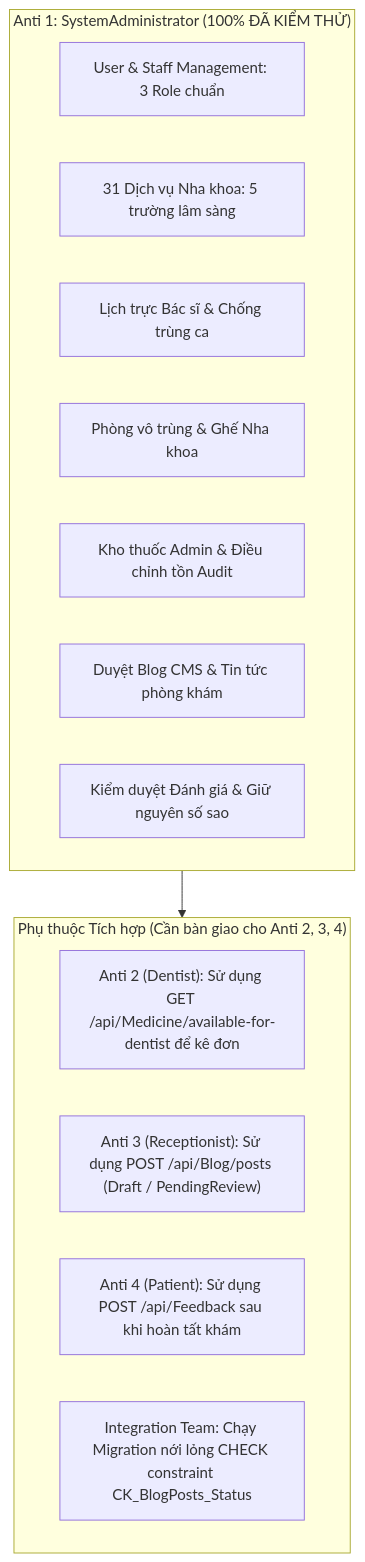
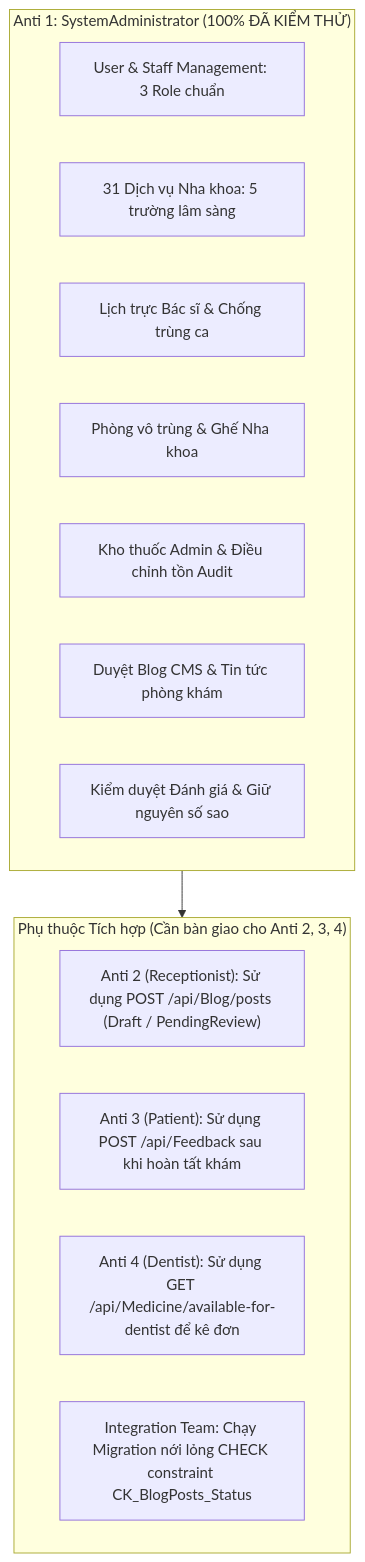
One commit to kaybern1512/SWP391_Group6 changed the diagram in docs/redesign/ADMIN_IMPLEMENTATION_REPORT.md. Above: the diagram before and after it, drawn with Mermaid. The commit also changed other lines of this file and 6 other files, not shown here.

````diff
--- a/docs/redesign/ADMIN_IMPLEMENTATION_REPORT.md
+++ b/docs/redesign/ADMIN_IMPLEMENTATION_REPORT.md
@@ -122,21 +122,21 @@
 ```mermaid
 flowchart TD
     subgraph Anti_1_SystemAdmin["Anti 1: SystemAdministrator (100% ĐÃ KIỂM THỬ)"]
         A1[User & Staff Management: 3 Role chuẩn]
         A2[31 Dịch vụ Nha khoa: 5 trường lâm sàng]
         A3[Lịch trực Bác sĩ & Chống trùng ca]
         A4[Phòng vô trùng & Ghế Nha khoa]
         A5[Kho thuốc Admin & Điều chỉnh tồn Audit]
         A6[Duyệt Blog CMS & Tin tức phòng khám]
         A7[Kiểm duyệt Đánh giá & Giữ nguyên số sao]
     end
 
     subgraph Integration_Dependencies["Phụ thuộc Tích hợp (Cần bàn giao cho Anti 2, 3, 4)"]
-        D1["Anti 2 (Dentist): Sử dụng GET /api/Medicine/available-for-dentist để kê đơn"]
-        D2["Anti 3 (Receptionist): Sử dụng POST /api/Blog/posts (Draft / PendingReview)"]
-        D3["Anti 4 (Patient): Sử dụng POST /api/Feedback sau khi hoàn tất khám"]
+        D1["Anti 2 (Receptionist): Sử dụng POST /api/Blog/posts (Draft / PendingReview)"]
+        D2["Anti 3 (Patient): Sử dụng POST /api/Feedback sau khi hoàn tất khám"]
+        D3["Anti 4 (Dentist): Sử dụng GET /api/Medicine/available-for-dentist để kê đơn"]
         D4["Integration Team: Chạy Migration nới lỏng CHECK constraint CK_BlogPosts_Status"]
     end
 
     Anti_1_SystemAdmin --> Integration_Dependencies
 ```
````
